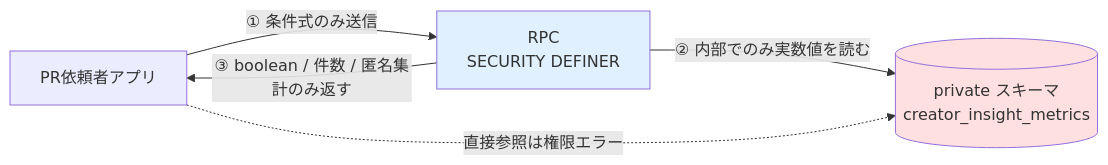
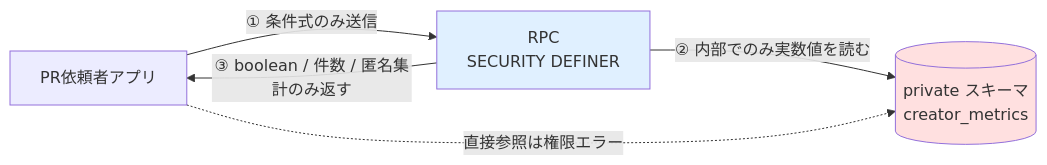
One commit to channpokoapps/Insight-match-app changed the second of 5 diagrams in docs/requirements/02_system_overview.md. Above: the diagram before and after it, drawn with Mermaid. The commit also changed 21 other files, not shown here.

````diff
--- a/docs/requirements/02_system_overview.md
+++ b/docs/requirements/02_system_overview.md
@@ -100,9 +100,9 @@
 ```mermaid
 graph LR
   A["PR依頼者アプリ"] -->|"① 条件式のみ送信"| B["RPC<br/>SECURITY DEFINER"]
-  B -->|"② 内部でのみ実数値を読む"| C[("private スキーマ<br/>creator_insight_metrics")]
+  B -->|"② 内部でのみ実数値を読む"| C[("private スキーマ<br/>creator_metrics")]
   B -->|"③ boolean / 件数 / 匿名集計のみ返す"| A
   A -.->|"直接参照は権限エラー"| C
   style C fill:#ffe0e0
   style B fill:#e0f0ff
 ```
````
